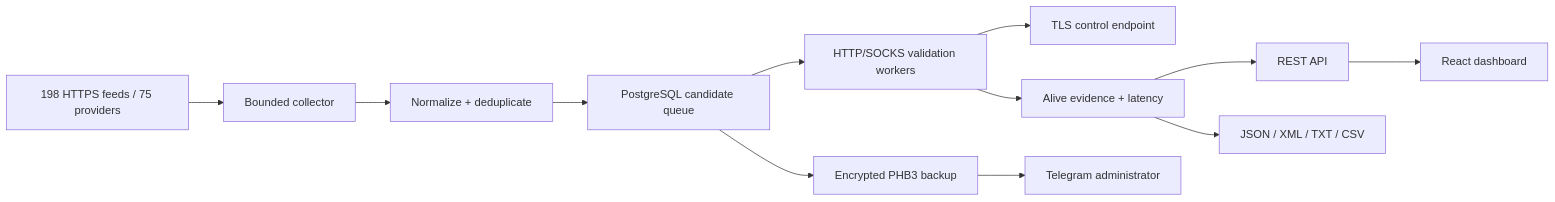
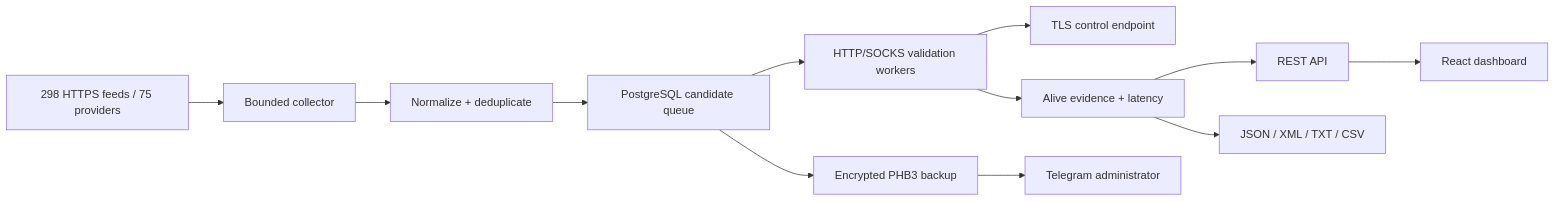
Before and after one commit to Xsenus/ProxyHarbor: the diagram in README.md, drawn with Mermaid. The commit also changed other lines of this file and 19 other files, not shown here.

````diff
--- a/README.md
+++ b/README.md
@@ -47,14 +47,14 @@
 ```mermaid
 flowchart LR
-    A["198 HTTPS feeds / 75 providers"] --> B["Bounded collector"]
+    A["298 HTTPS feeds / 75 providers"] --> B["Bounded collector"]
     B --> C["Normalize + deduplicate"]
     C --> D["PostgreSQL candidate queue"]
     D --> E["HTTP/SOCKS validation workers"]
     E --> F["TLS control endpoint"]
     E --> G["Alive evidence + latency"]
     G --> H["REST API"]
     G --> I["JSON / XML / TXT / CSV"]
     H --> J["React dashboard"]
     D --> K["Encrypted PHB3 backup"]
     K --> L["Telegram administrator"]
 ```
````
